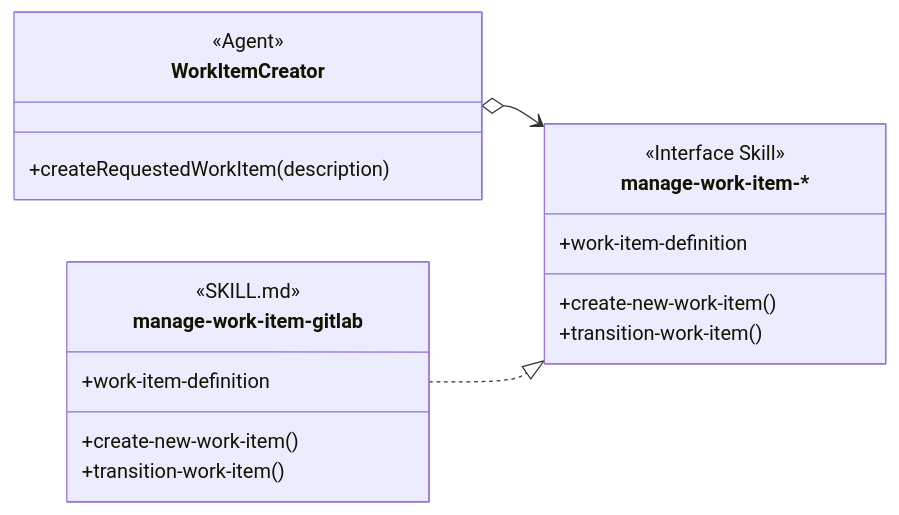
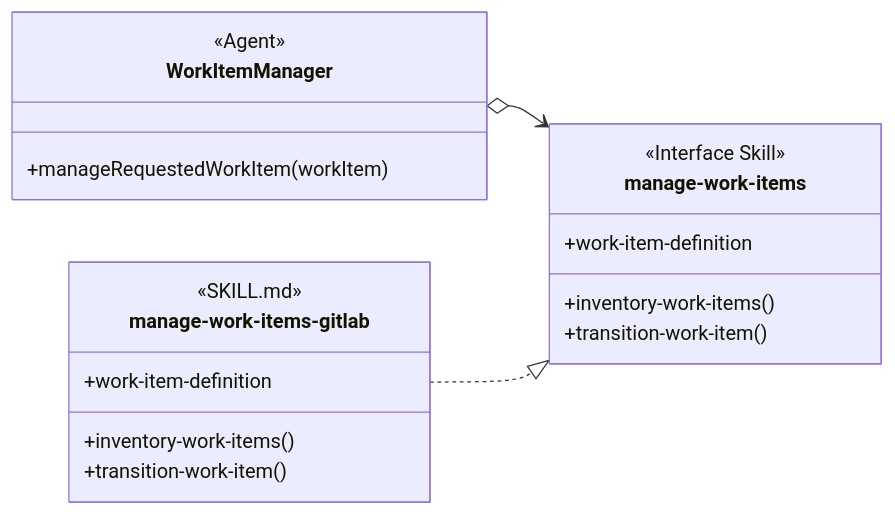
Before and after one commit to martinbechard/dev-methodology: the sixth of 16 diagrams in design/object-oriented-agent-and-skill-model.md, drawn with Mermaid. The commit also changed other lines of this file and 60 other files, not shown here.

First line of the commit message:
Integrate work item management provider naming

````diff
--- a/design/object-oriented-agent-and-skill-model.md
+++ b/design/object-oriented-agent-and-skill-model.md
@@ -241,26 +241,26 @@
 ```mermaid
 classDiagram
     direction LR
 
-    class WorkItemCreator {
+    class WorkItemManager {
         <<Agent>>
-        +createRequestedWorkItem(description)
+        +manageRequestedWorkItem(workItem)
     }
 
-    class manage-work-item["manage-work-item-*"] {
+    class manage-work-items["manage-work-items"] {
         <<Interface Skill>>
         +work-item-definition
-        +create-new-work-item()
+        +inventory-work-items()
         +transition-work-item()
     }
 
-    class manage-work-item-gitlab {
+    class manage-work-items-gitlab {
         <<SKILL.md>>
         +work-item-definition
-        +create-new-work-item()
+        +inventory-work-items()
         +transition-work-item()
     }
 
-    WorkItemCreator o--> manage-work-item
-    manage-work-item-gitlab ..|> manage-work-item
+    WorkItemManager o--> manage-work-items
+    manage-work-items-gitlab ..|> manage-work-items
 ```
````
